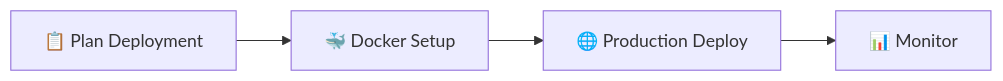
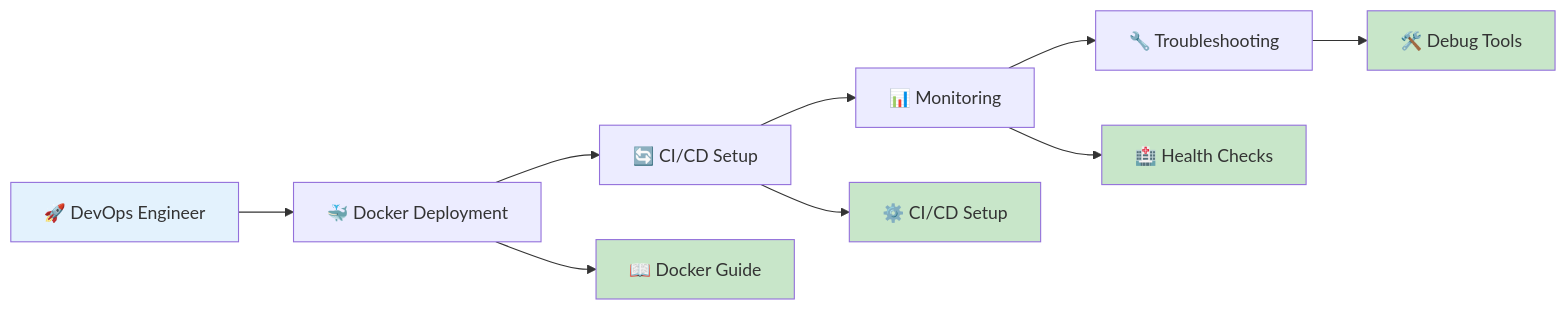
One commit to himuexe/Hotel-Booking-Website changed the second of 4 diagrams in docs/README.md. Above: the diagram before and after it, drawn with Mermaid. The commit also changed other lines of this file and 6 other files, not shown here.

````diff
--- a/docs/README.md
+++ b/docs/README.md
@@ -92,6 +84,18 @@
 ```mermaid
-graph LR
-    A[📋 Plan Deployment] --> B[🐳 Docker Setup]
-    B --> C[🌐 Production Deploy]
-    C --> D[📊 Monitor]
+flowchart LR
+    A[🚀 DevOps Engineer] --> B[🐳 Docker Deployment]
+    B --> C[🔄 CI/CD Setup]
+    C --> D[📊 Monitoring]
+    D --> E[🔧 Troubleshooting]
+    
+    B --> B1[📖 Docker Guide]
+    C --> C1[⚙️ CI/CD Setup]
+    D --> D1[🏥 Health Checks]
+    E --> E1[🛠️ Debug Tools]
+    
+    style A fill:#e3f2fd
+    style B1 fill:#c8e6c9
+    style C1 fill:#c8e6c9
+    style D1 fill:#c8e6c9
+    style E1 fill:#c8e6c9
 ```
````
